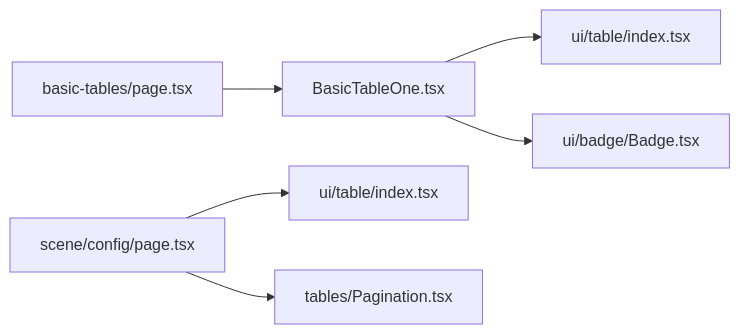
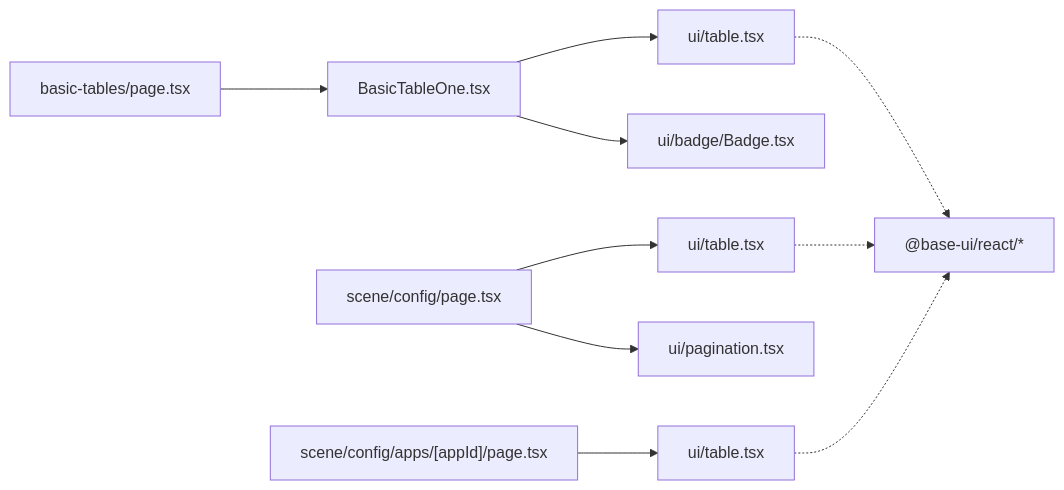
Before and after one commit to HAOFUYANG/nextjs-admin: the eighth of 8 diagrams in .qoder/repowiki/zh/content/页面路由系统/页面类型组织结构/表格页面.md, drawn with Mermaid. The commit also changed other lines of this file and 4 other files, not shown here.

````diff
--- a/.qoder/repowiki/zh/content/页面路由系统/页面类型组织结构/表格页面.md
+++ b/.qoder/repowiki/zh/content/页面路由系统/页面类型组织结构/表格页面.md
@@ -267,8 +318,12 @@
 ```mermaid
 graph LR
 Page1["basic-tables/page.tsx"] --> Comp1["BasicTableOne.tsx"]
-Comp1 --> UI1["ui/table/index.tsx"]
+Comp1 --> UI1["ui/table.tsx"]
 Comp1 --> Badge1["ui/badge/Badge.tsx"]
-Page2["scene/config/page.tsx"] --> UI2["ui/table/index.tsx"]
-Page2 --> Pg["tables/Pagination.tsx"]
+Page2["scene/config/page.tsx"] --> UI2["ui/table.tsx"]
+Page2 --> Pg["ui/pagination.tsx"]
+Page3["scene/config/apps/[appId]/page.tsx"] --> UI3["ui/table.tsx"]
+UI1 -.-> BaseUI["@base-ui/react/*"]
+UI2 -.-> BaseUI
+UI3 -.-> BaseUI
 ```
````
